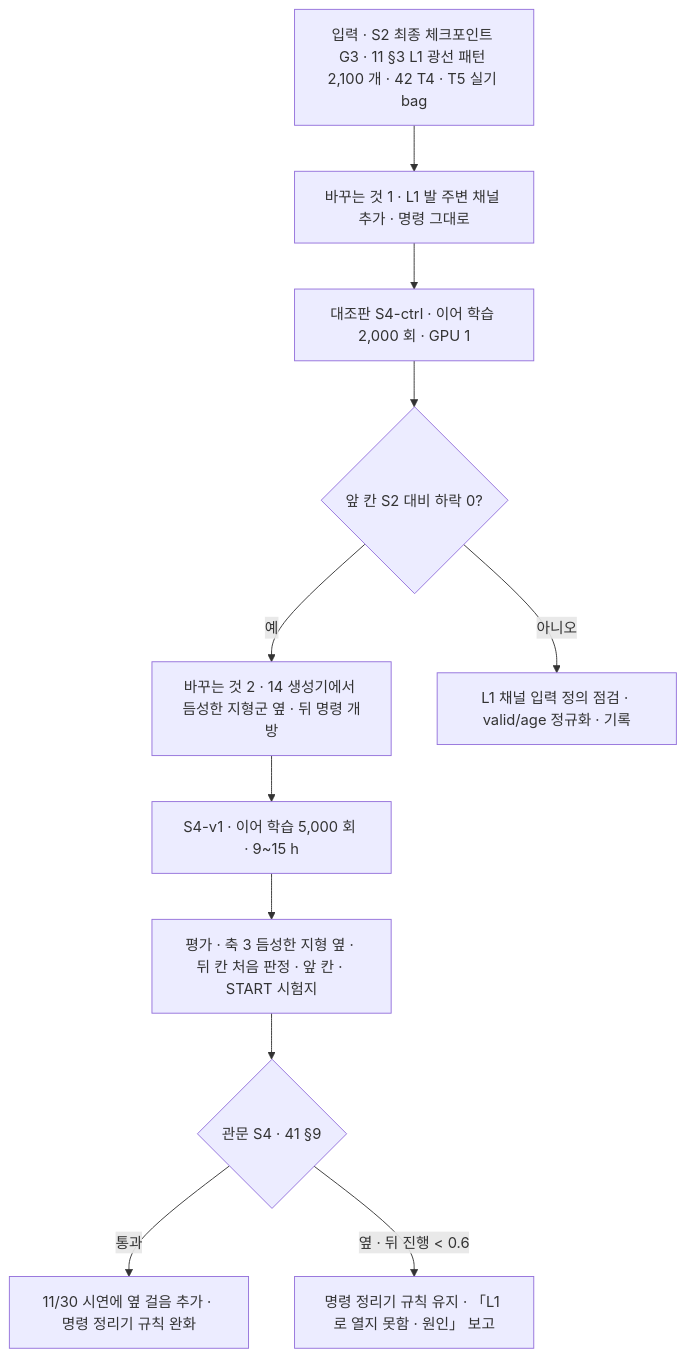
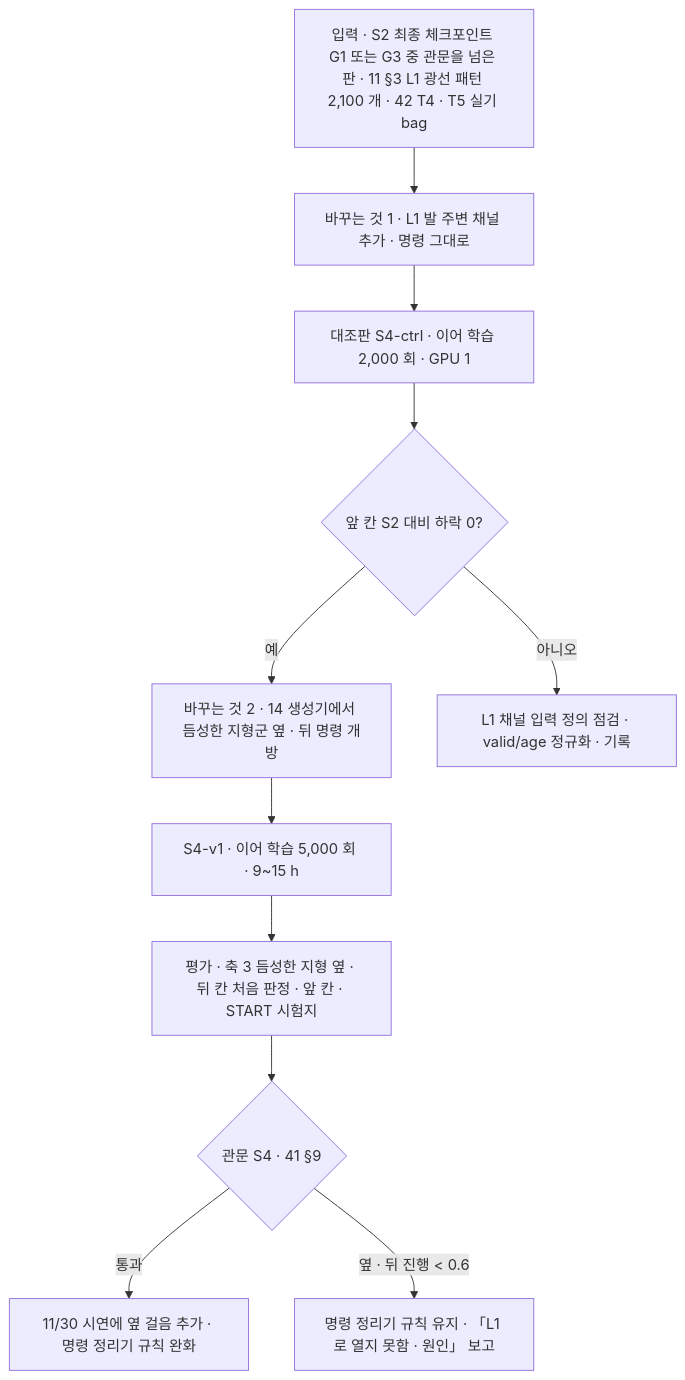
One commit to foothold-project/foothold-lab changed the diagram in inbox/jay/20261019-design/55-S4-L1.md. Above: the diagram before and after it, drawn with Mermaid. The commit also changed other lines of this file and 23 other files, not shown here.

````diff
--- a/inbox/jay/20261019-design/55-S4-L1.md
+++ b/inbox/jay/20261019-design/55-S4-L1.md
@@ -15,13 +15,13 @@
 ```mermaid
 flowchart TB
-  IN[입력 · S2 최종 체크포인트 G3 · 11 §3 L1 광선 패턴 2,100 개 · 42 T4 · T5 실기 bag] --> CH1[바꾸는 것 1 · L1 발 주변 채널 추가 · 명령 그대로]
+  IN[입력 · S2 최종 체크포인트 G1 또는 G3 중 관문을 넘은 판 · 11 §3 L1 광선 패턴 2,100 개 · 42 T4 · T5 실기 bag] --> CH1[바꾸는 것 1 · L1 발 주변 채널 추가 · 명령 그대로]
   CH1 --> C0[대조판 S4-ctrl · 이어 학습 2,000 회 · GPU 1]
   C0 --> GC{앞 칸 S2 대비 하락 0?}
   GC -->|예| CH2[바꾸는 것 2 · 14 생성기에서 듬성한 지형군 옆 · 뒤 명령 개방]
   GC -->|아니오| X1[L1 채널 입력 정의 점검 · valid/age 정규화 · 기록]
   CH2 --> T[S4-v1 · 이어 학습 5,000 회 · 9~15 h]
   T --> EV[평가 · 축 3 듬성한 지형 옆 · 뒤 칸 처음 판정 · 앞 칸 · START 시험지]
   EV --> G{관문 S4 · 41 §9}
   G -->|통과| D[11/30 시연에 옆 걸음 추가 · 명령 정리기 규칙 완화]
   G -->|옆 · 뒤 진행 < 0.6| K[명령 정리기 규칙 유지 · 「L1 로 열지 못함 · 원인」 보고]
 ```
````
